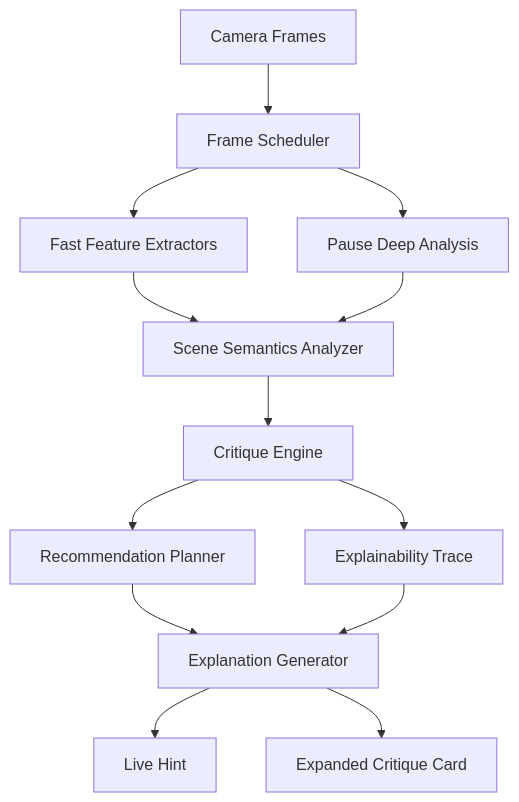
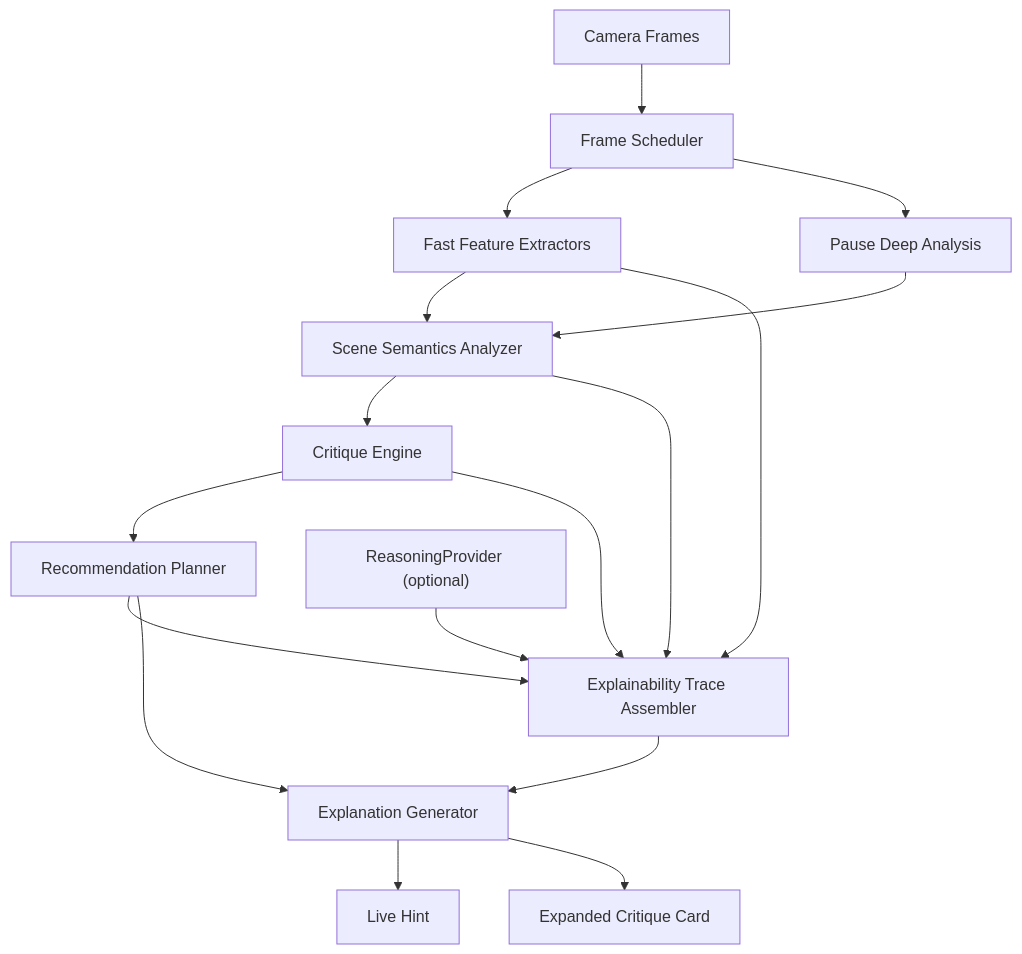
Before and after one commit to rustemd02/shafinMultitool: the diagram in docs/cameraanalysis/camera-analysis-v1-architecture.md, drawn with Mermaid. The commit also changed other lines of this file and 10 other files, not shown here.

````diff
--- a/docs/cameraanalysis/camera-analysis-v1-architecture.md
+++ b/docs/cameraanalysis/camera-analysis-v1-architecture.md
@@ -72,15 +72,20 @@
 ```mermaid
 flowchart TD
     A["Camera Frames"] --> B["Frame Scheduler"]
     B --> C["Fast Feature Extractors"]
     B --> D["Pause Deep Analysis"]
     C --> E["Scene Semantics Analyzer"]
     D --> E
     E --> F["Critique Engine"]
     F --> G["Recommendation Planner"]
+    K["Explainability Trace Assembler"]
+    C --> K
+    E --> K
+    L["ReasoningProvider (optional)"] --> K
+    G --> K
+    F --> K
     G --> H["Explanation Generator"]
     H --> I["Live Hint"]
     H --> J["Expanded Critique Card"]
-    F --> K["Explainability Trace"]
     K --> H
 ```
````
